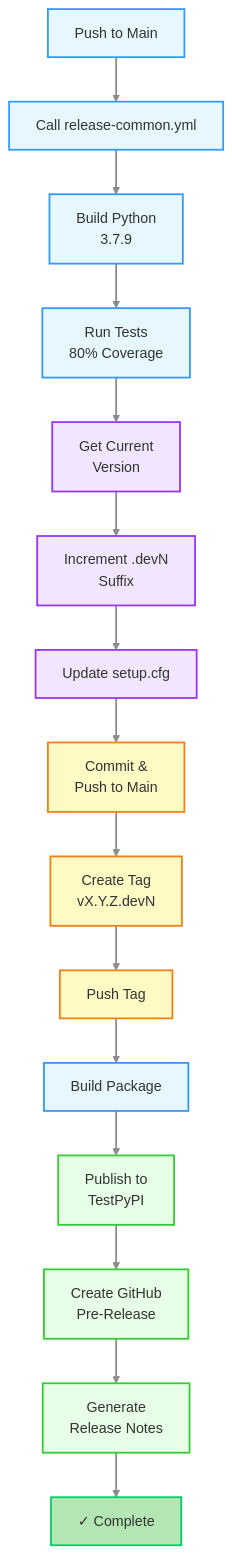
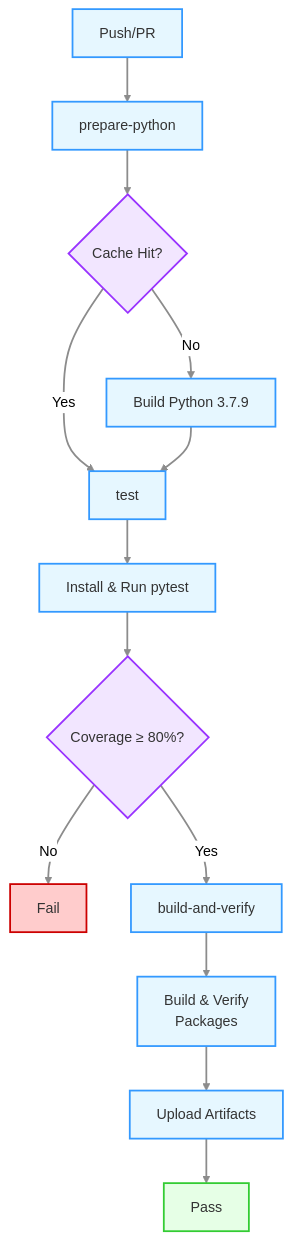
Before and after one commit to minouris/spafw37: the fourth of 17 diagrams in .github/RELEASE_PROCESS.md, drawn with Mermaid (neutral theme). The commit also changed other lines of this file and 4 other files, not shown here.

Commit message:
Fixed Changelog generation problems, and updated RELEASE_PROCESS.md

````diff
--- a/.github/RELEASE_PROCESS.md
+++ b/.github/RELEASE_PROCESS.md
@@ -261,31 +170,27 @@
 ```mermaid
-flowchart TD
-    A[Push to Main] --> B[Call release-common.yml]
-    B --> C[Build Python<br/>3.7.9]
-    C --> D[Run Tests<br/>80% Coverage]
-    D --> E[Get Current<br/>Version]
-    E --> F[Increment .devN<br/>Suffix]
-    F --> G[Update setup.cfg]
-    G --> H[Commit &<br/>Push to Main]
-    H --> I[Create Tag<br/>vX.Y.Z.devN]
-    I --> J[Push Tag]
-    J --> K[Build Package]
-    K --> L[Publish to<br/>TestPyPI]
-    L --> M[Create GitHub<br/>Pre-Release]
-    M --> N[Generate<br/>Release Notes]
-    N --> O[✓ Complete]
+flowchart TB
+    A["Push/PR"] --> B["prepare-python"]
+    B --> C{"Cache Hit?"}
+    C -->|No| D["Build Python 3.7.9"]
+    C -->|Yes| E["test"]
+    D --> E
+    E --> F["Install & Run pytest"]
+    F --> G{"Coverage ≥ 80%?"}
+    G -->|No| H["Fail"]
+    G -->|Yes| I["build-and-verify"]
+    I --> J["Build & Verify<br/>Packages"]
+    J --> K["Upload Artifacts"]
+    K --> L["Pass"]
     
     classDef processStyle fill:#e6f7ff,stroke:#3399ff,stroke-width:2px,color:#333
-    classDef versionStyle fill:#f2e6ff,stroke:#9933ff,stroke-width:2px,color:#333
-    classDef gitStyle fill:#fff9c4,stroke:#f57f17,stroke-width:2px,color:#333
-    classDef publishStyle fill:#e6ffe6,stroke:#33cc33,stroke-width:2px,color:#333
-    classDef successStyle fill:#b3e6b3,stroke:#00cc66,stroke-width:2px,color:#333
+    classDef decisionStyle fill:#f2e6ff,stroke:#9933ff,stroke-width:2px,color:#333
+    classDef successStyle fill:#e6ffe6,stroke:#33cc33,stroke-width:2px,color:#333
+    classDef errorStyle fill:#ffcccc,stroke:#cc0000,stroke-width:2px,color:#333
     
-    class A,B,C,D,K processStyle
-    class E,F,G versionStyle
-    class H,I,J gitStyle
-    class L,M,N publishStyle
-    class O successStyle
+    class A,B,D,E,F,I,J,K processStyle
+    class C,G decisionStyle
+    class L successStyle
+    class H errorStyle
     
     linkStyle default stroke:#8c8c8c,stroke-width:2px
 ```
````
